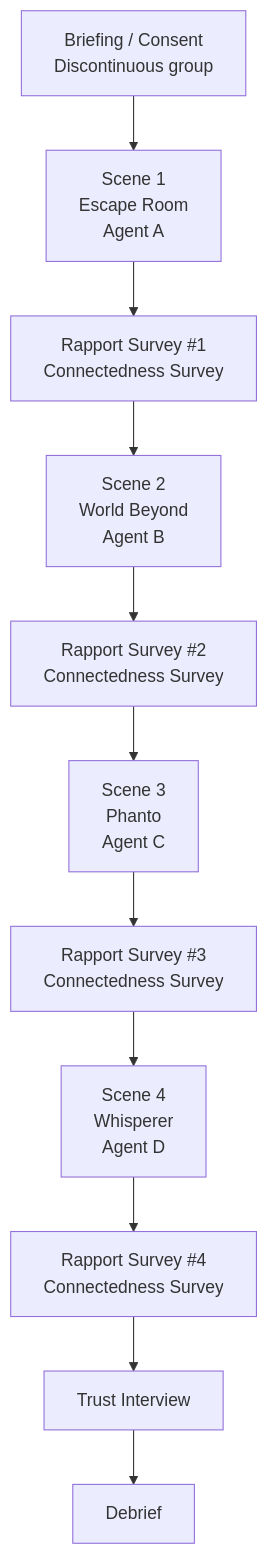
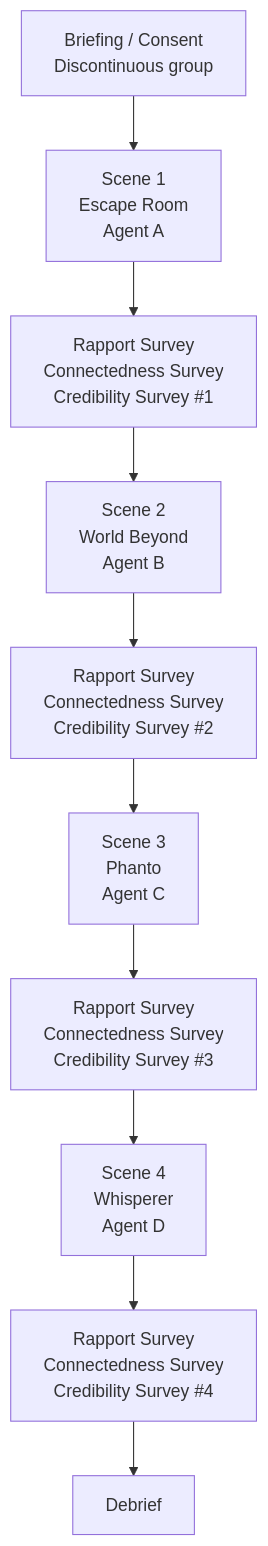
One commit to R1chi33333/Virtual-Agents changed the first of 2 diagrams in README.md. Above: the diagram before and after it, drawn with Mermaid. The commit also changed other lines of this file, not shown here.

````diff
--- a/README.md
+++ b/README.md
@@ -101,16 +97,15 @@
 ```mermaid
 flowchart TD
     A["Briefing / Consent<br/>Discontinuous group"]
     S1["Scene 1<br/>Escape Room<br/>Agent A"]
-    R1["Rapport Survey #1<br/>Connectedness Survey"]
+    R1["Rapport Survey <br/>Connectedness Survey<br/>Credibility Survey #1"]
     S2["Scene 2<br/>World Beyond<br/>Agent B"]
-    R2["Rapport Survey #2<br/>Connectedness Survey"]
+    R2["Rapport Survey <br/>Connectedness Survey<br/>Credibility Survey #2"]
     S3["Scene 3<br/>Phanto<br/>Agent C"]
-    R3["Rapport Survey #3<br/>Connectedness Survey"]
+    R3["Rapport Survey <br/>Connectedness Survey<br/>Credibility Survey #3"]
     S4["Scene 4<br/>Whisperer<br/>Agent D"]
-    R4["Rapport Survey #4<br/>Connectedness Survey"]
-    P["Trust Interview"]
+    R4["Rapport Survey <br/>Connectedness Survey<br/>Credibility Survey #4"]
     D["Debrief"]
-    A --> S1 --> R1 --> S2 --> R2 --> S3 --> R3 --> S4 --> R4 --> P --> D
+    A --> S1 --> R1 --> S2 --> R2 --> S3 --> R3 --> S4 --> R4 --> D
 
 ```
````
